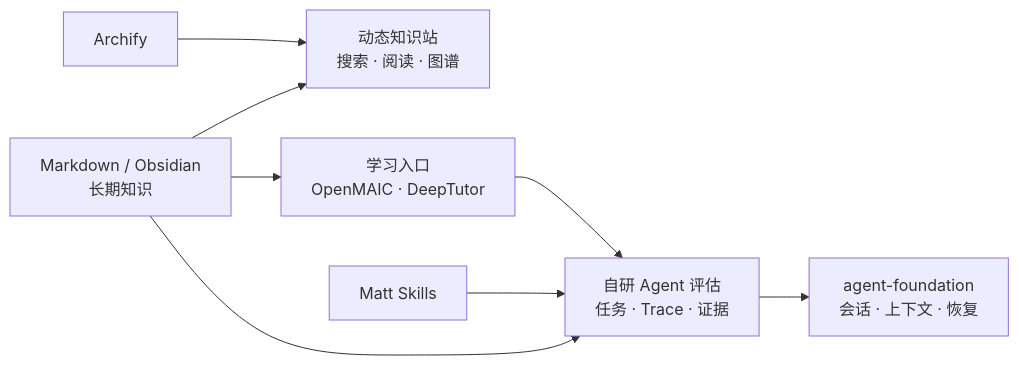
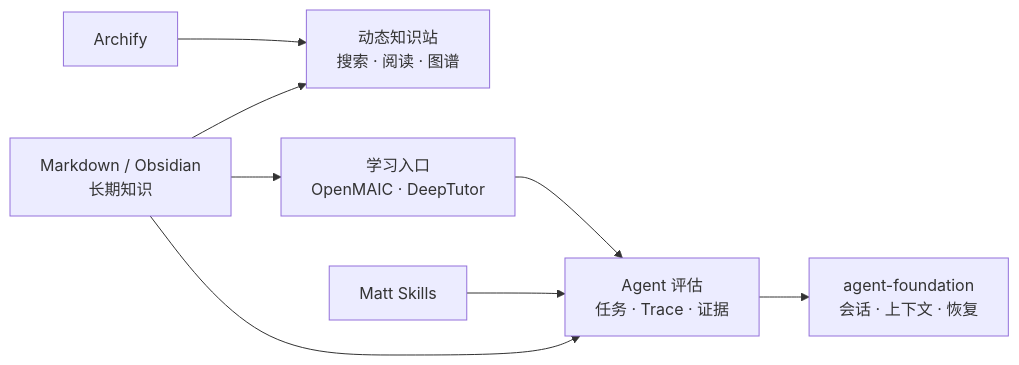
Before and after one commit to hub138/technical-knowledge: the diagram in PROJECT_MAP.md, drawn with Mermaid. The commit also changed other lines of this file and 3 other files, not shown here.

````diff
--- a/PROJECT_MAP.md
+++ b/PROJECT_MAP.md
@@ -5,10 +5,10 @@
 ```mermaid
 flowchart LR
     V[Markdown / Obsidian\n长期知识] --> S[动态知识站\n搜索 · 阅读 · 图谱]
     V --> L[学习入口\nOpenMAIC · DeepTutor]
-    V --> E[自研 Agent 评估\n任务 · Trace · 证据]
+    V --> E[Agent 评估\n任务 · Trace · 证据]
     E --> F[agent-foundation\n会话 · 上下文 · 恢复]
     A[Archify] --> S
     M[Matt Skills] --> E
     L --> E
 ```
````
